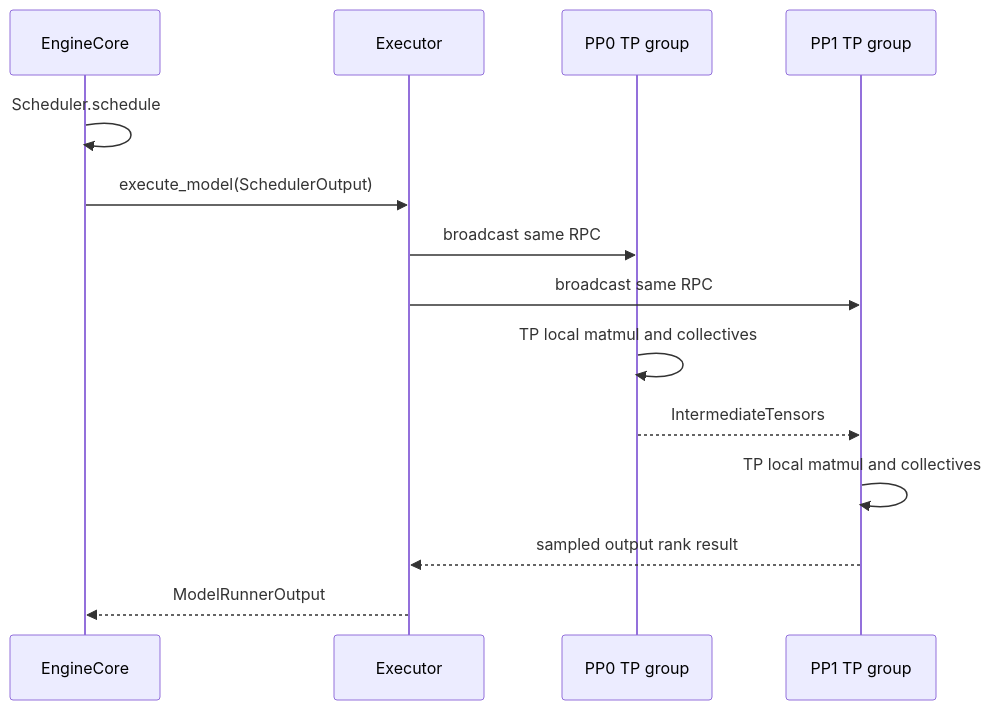
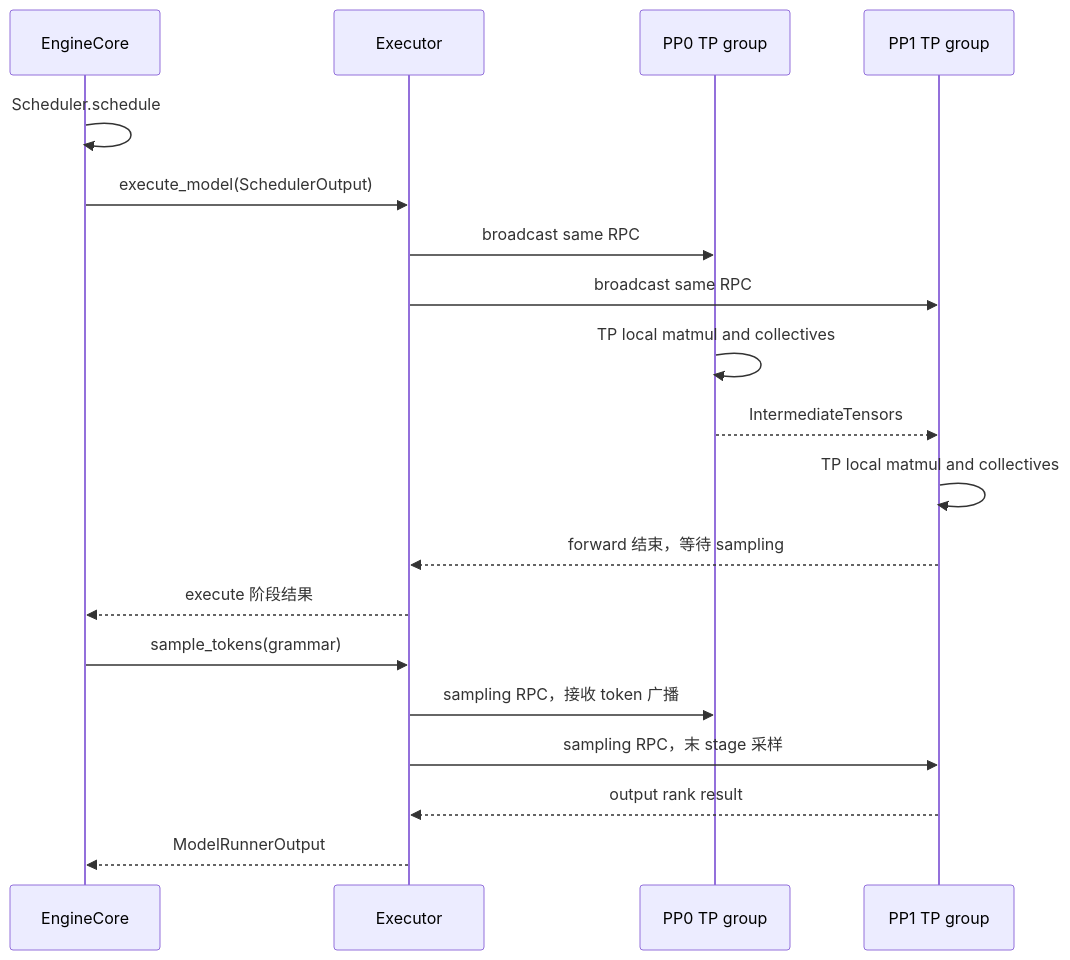
Diagram 23 of 26 in book/09-distributed/README.md (cluster1900/vllm_reader), drawn with Mermaid before and after one commit. The commit also changed other lines of this file and 38 other files, not shown here.

````diff
--- a/book/09-distributed/README.md
+++ b/book/09-distributed/README.md
@@ -1101,16 +1144,21 @@
 ```mermaid
 sequenceDiagram
     participant EC as EngineCore
     participant EX as Executor
     participant P0 as PP0 TP group
     participant P1 as PP1 TP group
     EC->>EC: Scheduler.schedule
     EC->>EX: execute_model(SchedulerOutput)
     EX->>P0: broadcast same RPC
     EX->>P1: broadcast same RPC
     P0->>P0: TP local matmul and collectives
     P0-->>P1: IntermediateTensors
     P1->>P1: TP local matmul and collectives
-    P1-->>EX: sampled output rank result
+    P1-->>EX: forward 结束，等待 sampling
+    EX-->>EC: execute 阶段结果
+    EC->>EX: sample_tokens(grammar)
+    EX->>P0: sampling RPC，接收 token 广播
+    EX->>P1: sampling RPC，末 stage 采样
+    P1-->>EX: output rank result
     EX-->>EC: ModelRunnerOutput
 ```
````
